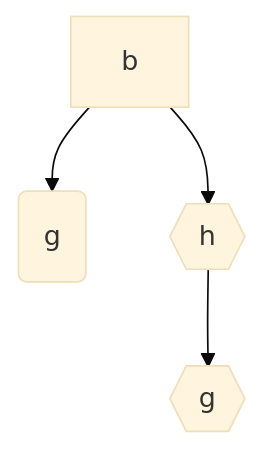
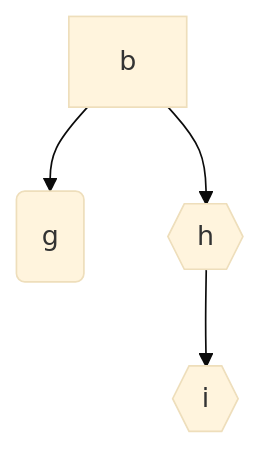
The fifth of 7 diagrams in docs/diffs.md (caente/mismatch), drawn with Mermaid (base theme) before and after one commit. The commit also changed other lines of this file and 5 other files, not shown here.

````diff
--- a/docs/diffs.md
+++ b/docs/diffs.md
@@ -159,5 +299,5 @@
 ```mermaid
 graph TB
 b --> g(g)
-b --> h{{h}} --> g2{{g}}
+b --> h{{h}} --> i{{i}}
 ```
````
